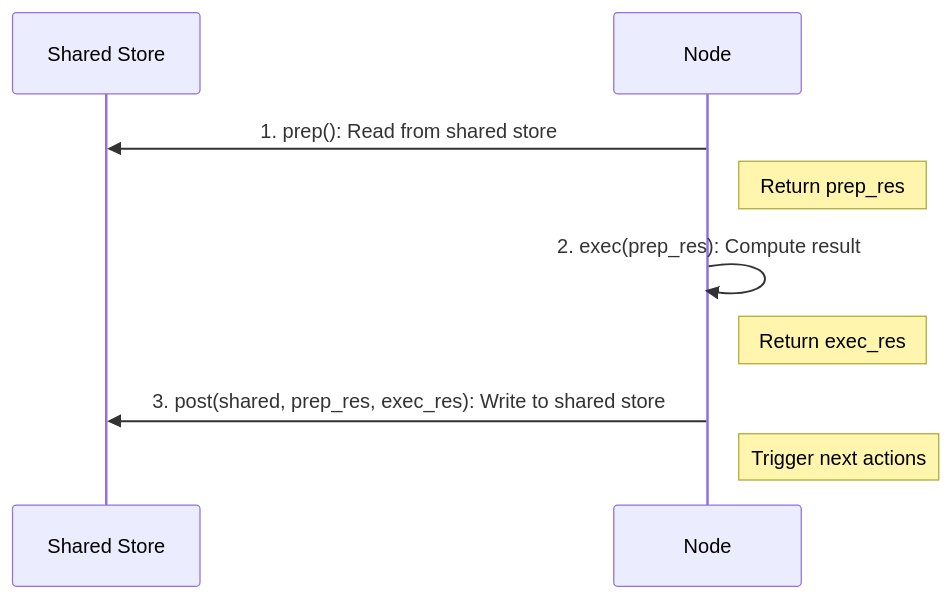
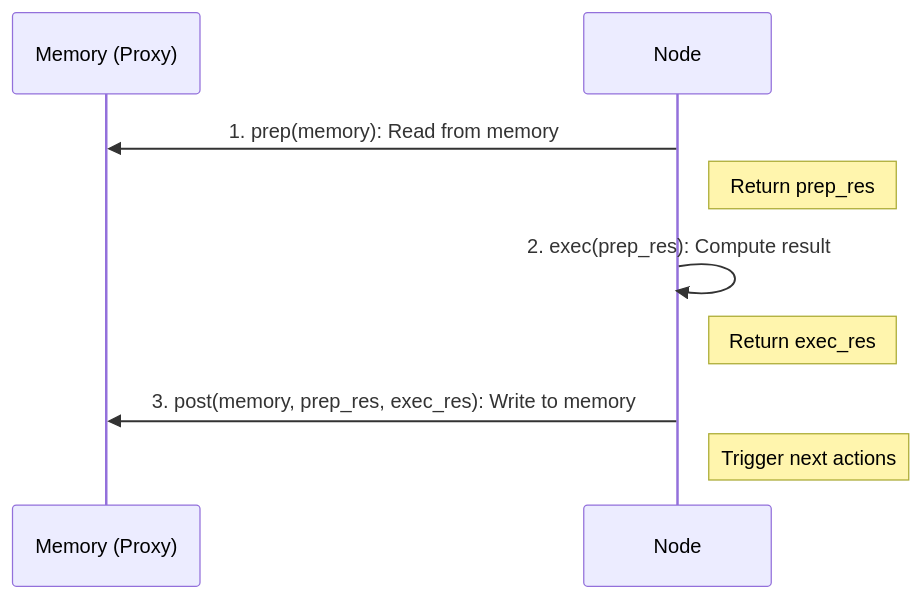
Before and after one commit to skadaai/caskada: the diagram in docs/core_abstraction/node.md, drawn with Mermaid. The commit also changed other lines of this file and 20 other files, not shown here.

````diff
--- a/docs/core_abstraction/node.md
+++ b/docs/core_abstraction/node.md
@@ -46,14 +46,14 @@
 ```mermaid
 sequenceDiagram
-    participant S as Shared Store
+    participant M as Memory (Proxy)
     participant N as Node
 
-    N->>S: 1. prep(): Read from shared store
+    N->>M: 1. prep(memory): Read from memory
     Note right of N: Return prep_res
 
     N->>N: 2. exec(prep_res): Compute result
     Note right of N: Return exec_res
 
-    N->>S: 3. post(shared, prep_res, exec_res): Write to shared store
+    N->>M: 3. post(memory, prep_res, exec_res): Write to memory
     Note right of N: Trigger next actions
 ```
````
